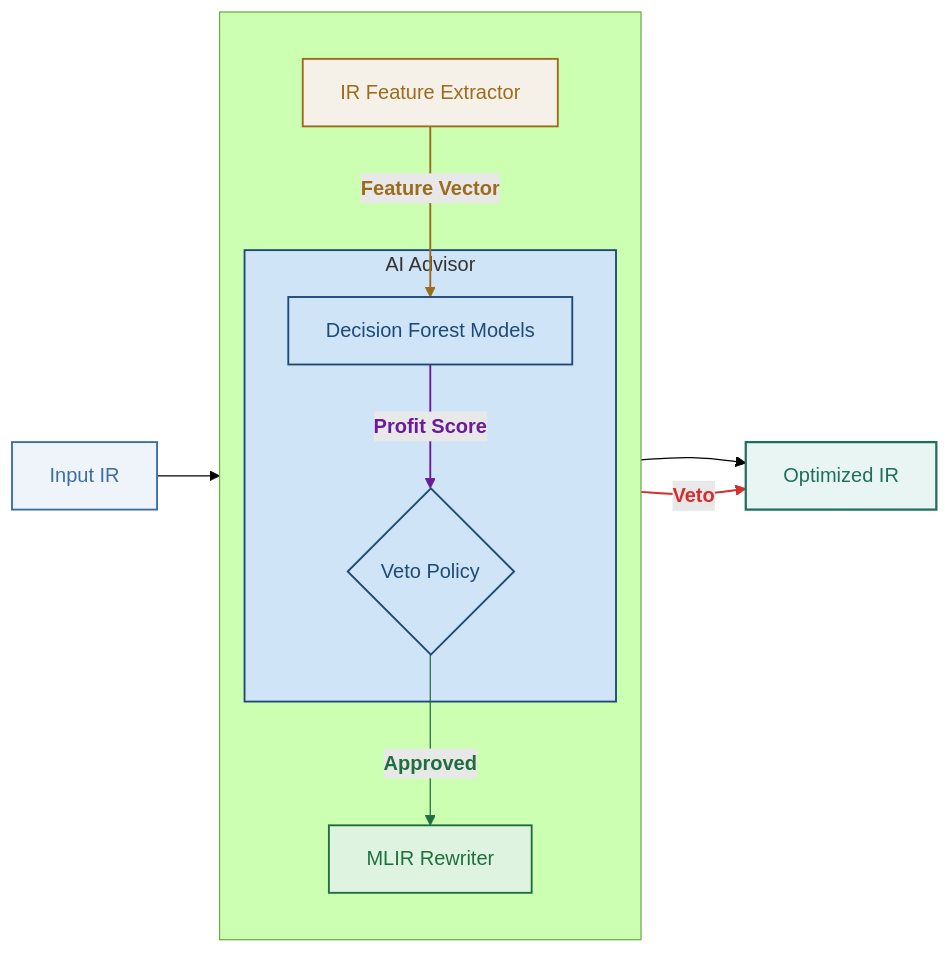
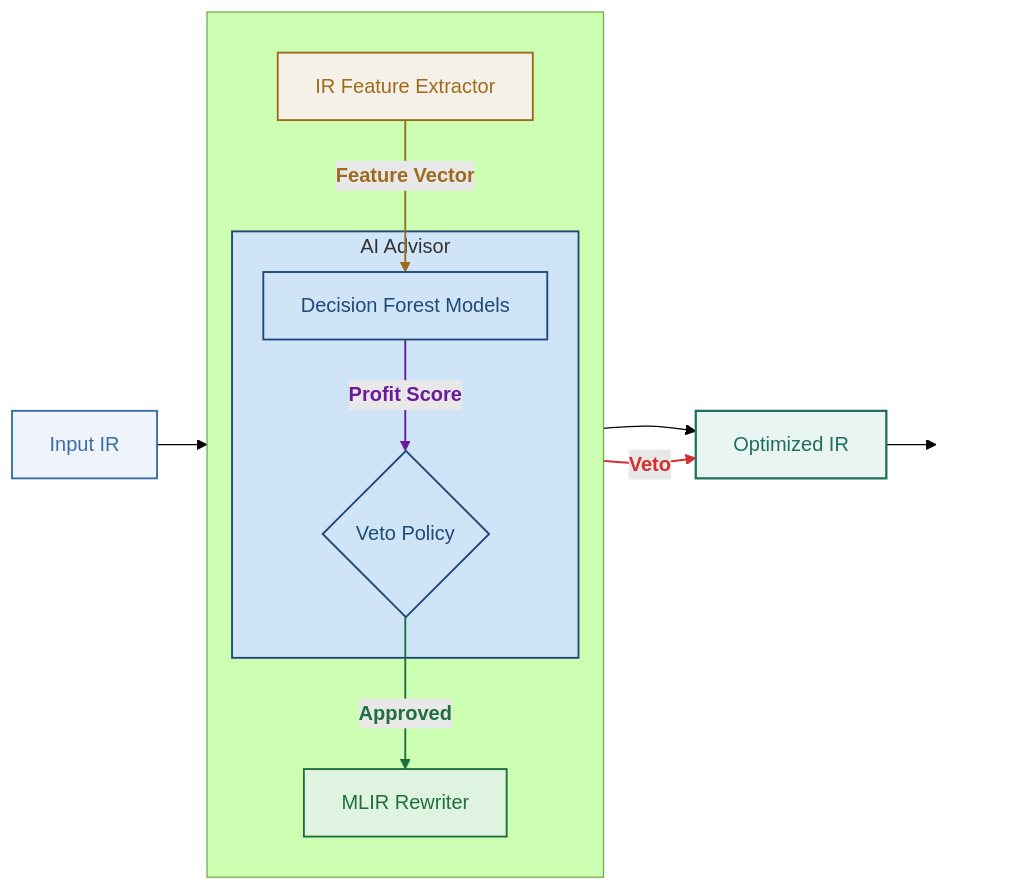
One commit to stefan-lafon/tensor-morph changed the diagram in README.md. Above: the diagram before and after it, drawn with Mermaid (forest theme). The commit also changed other lines of this file, not shown here.

````diff
--- a/README.md
+++ b/README.md
@@ -17,45 +17,56 @@
 ```mermaid
+%%{init: {'flowchart': {'nodeSpacing': 30, 'rankSpacing': 40}}}%%
 flowchart LR
     A[Input IR]
 
     subgraph " "
         direction TB
 
         B[IR Feature Extractor]
 
         subgraph AI["AI Advisor"]
             style AI fill:#D0E4F7,stroke:#1E4A78,stroke-width:1.5px
             C[Decision Forest Models]
             D{Veto Policy}
         end
 
         E[MLIR Rewriter]
     end
 
     F[Optimized IR]
 
+    %% Spacer to absorb GitHub controls
+    SPACER[" "]:::spacer
+
+    %% Flow
     A --> B
     B -->|Feature Vector| C
     C -->|Profit Score| D
     D -->|Approved| E
     E --> F
     D -->|Veto| F
+    F --> SPACER
 
+    %% Node styling
     classDef input fill:#EEF4FA,stroke:#3A6EA5,color:#3A6EA5,stroke-width:1.5px
     classDef process fill:#F6F1E8,stroke:#9C6B1C,color:#9C6B1C,stroke-width:1.5px
     classDef ai fill:#D0E4F7,stroke:#1E4A78,color:#1E4A78,stroke-width:1.5px
     classDef decision fill:#D0E4F7,stroke:#1E4A78,color:#1E4A78,stroke-width:2px
     classDef mlir fill:#DFF4E0,stroke:#1F6F3E,color:#1F6F3E,stroke-width:1.5px
     classDef output fill:#E9F5F2,stroke:#1E6F5C,color:#1E6F5C,stroke-width:1.8px
+    classDef spacer fill:transparent,stroke:transparent
 
     class A input
     class B process
     class C,D ai
     class E mlir
     class F output
+    class SPACER spacer
 
+    %% Edge styling
     linkStyle 1 color:#9C6B1C,font-weight:bold,stroke:#9C6B1C,stroke-width:1.5px
     linkStyle 2 color:#6A1B9A,font-weight:bold,stroke:#6A1B9A,stroke-width:1.5px
-    linkStyle 3 color:#1F6F3E,font-weight:bold,stroke:#1F6F3E,stroke-width:1.5px   %% Approved
+    linkStyle 3 color:#1F6F3E,font-weight:bold,stroke:#1F6F3E,stroke-width:1.5px
     linkStyle 5 stroke:#D32F2F,color:#D32F2F,font-weight:bold,stroke-width:1.5px
+
 ```
````
